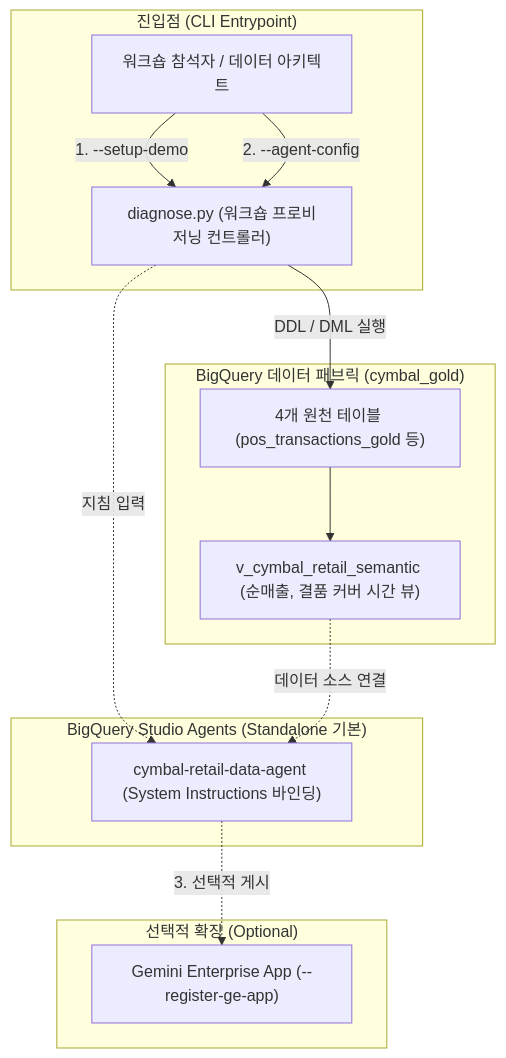
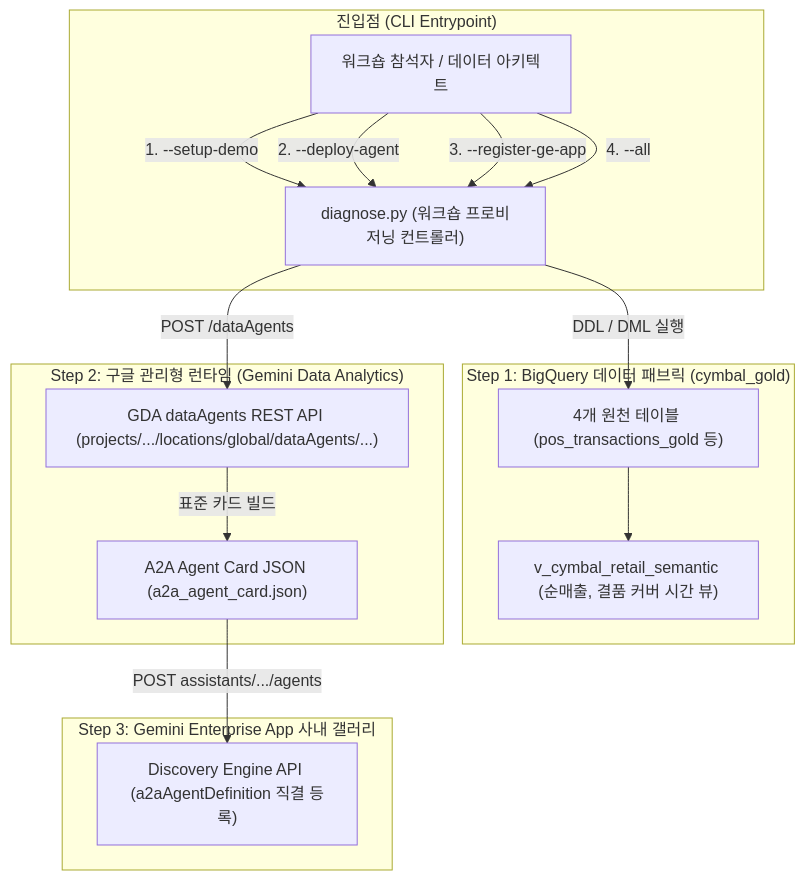
The diagram in samples/bigquery-data-agent-starter/docs/TDD.md (jiangjun-forge/google-cloud-0-to-1), drawn with Mermaid before and after one commit. The commit also changed other lines of this file and 8 other files, not shown here.

Commit message:
Upgrade data agent

````diff
--- a/samples/bigquery-data-agent-starter/docs/TDD.md
+++ b/samples/bigquery-data-agent-starter/docs/TDD.md
@@ -33,28 +34,31 @@
 ```mermaid
 flowchart TD
     subgraph CLI_Entry["진입점 (CLI Entrypoint)"]
         User["워크숍 참석자 / 데이터 아키텍트"]
         DiagnosePy["diagnose.py (워크숍 프로비저닝 컨트롤러)"]
     end
 
-    subgraph BigQuery_CymbalGold["BigQuery 데이터 패브릭 (cymbal_gold)"]
+    subgraph BigQuery_Fabric["Step 1: BigQuery 데이터 패브릭 (cymbal_gold)"]
         RawTables["4개 원천 테이블 (pos_transactions_gold 등)"]
         SemanticView["v_cymbal_retail_semantic (순매출, 결품 커버 시간 뷰)"]
     end
 
-    subgraph Agent_Catalog["BigQuery Studio Agents (Standalone 기본)"]
-        BQAgent["cymbal-retail-data-agent (System Instructions 바인딩)"]
+    subgraph GDA_Tenant["Step 2: 구글 관리형 런타임 (Gemini Data Analytics)"]
+        GDAResource["GDA dataAgents REST API (projects/.../locations/global/dataAgents/...)"]
+        A2ACard["A2A Agent Card JSON (a2a_agent_card.json)"]
     end
 
-    subgraph Optional_Extensions["선택적 확장 (Optional)"]
-        GEApp["Gemini Enterprise App (--register-ge-app)"]
+    subgraph GE_App_Gallery["Step 3: Gemini Enterprise App 사내 갤러리"]
+        GEApp["Discovery Engine API (a2aAgentDefinition 직결 등록)"]
     end
 
     User -->|1. --setup-demo| DiagnosePy
     DiagnosePy -->|DDL / DML 실행| RawTables
     RawTables --> SemanticView
-    User -->|2. --agent-config| DiagnosePy
-    DiagnosePy -.->|지침 입력| BQAgent
-    SemanticView -.->|데이터 소스 연결| BQAgent
-    BQAgent -.->|3. 선택적 게시| GEApp
+    User -->|2. --deploy-agent| DiagnosePy
+    DiagnosePy -->|POST /dataAgents| GDAResource
+    GDAResource -->|표준 카드 빌드| A2ACard
+    User -->|3. --register-ge-app| DiagnosePy
+    A2ACard -->|POST assistants/.../agents| GEApp
+    User -->|4. --all| DiagnosePy
 ```
````
